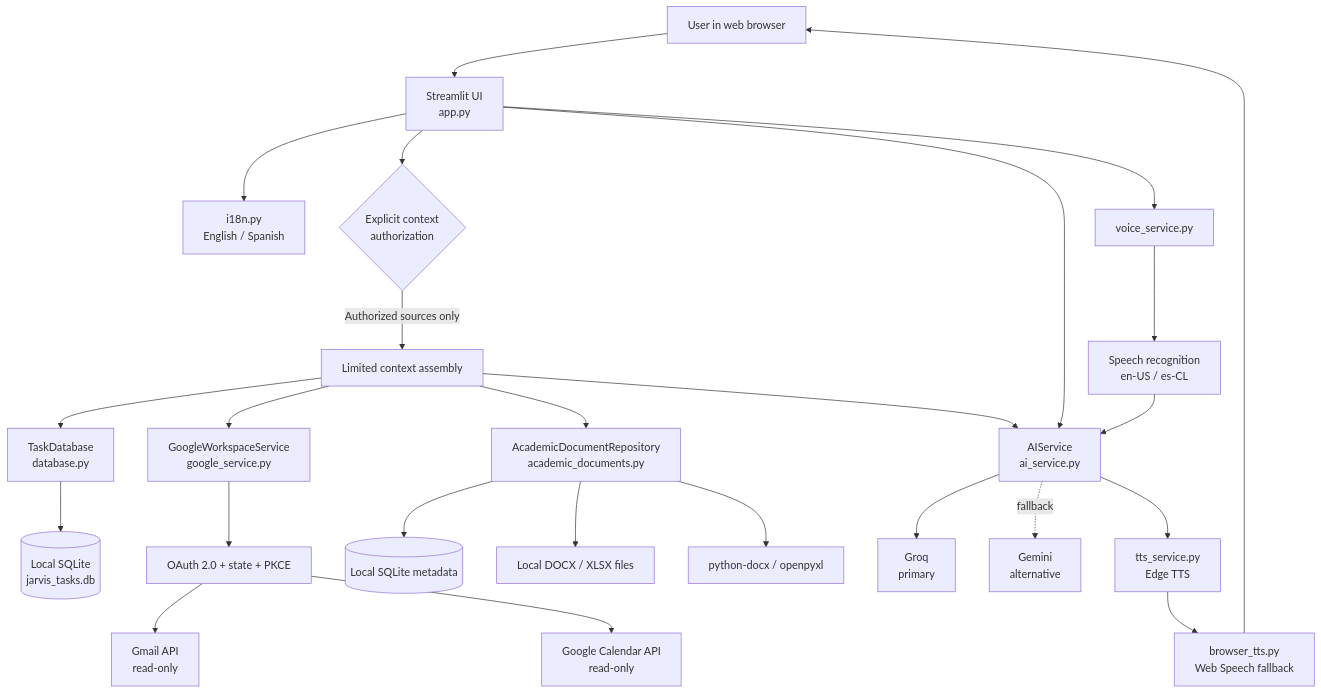
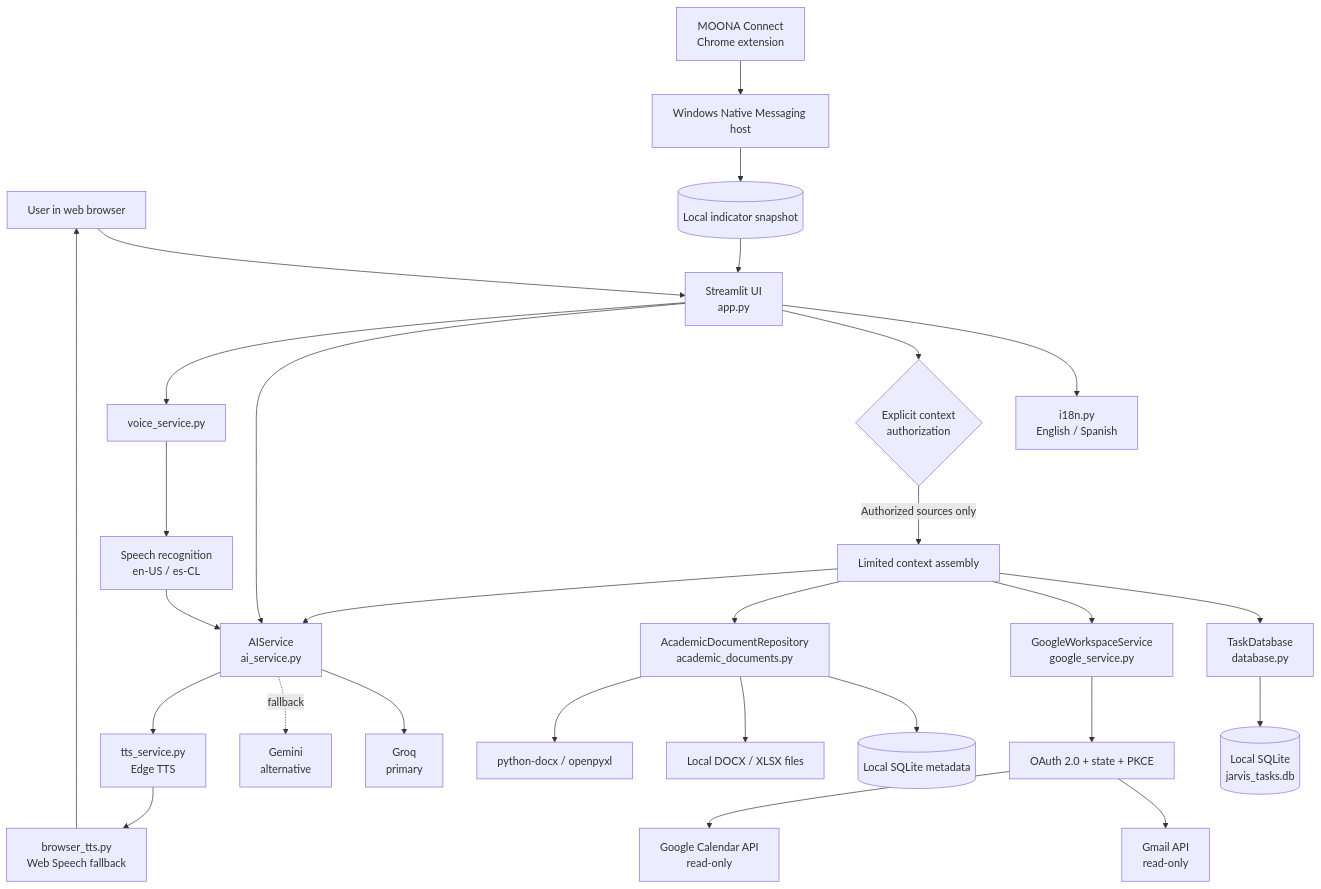
The diagram in README.md (danydaniela21/moona-ai-assistant), drawn with Mermaid before and after one commit. The commit also changed other lines of this file and 25 other files, not shown here.

````diff
--- a/README.md
+++ b/README.md
@@ -63,32 +67,35 @@
 ```mermaid
 flowchart TD
     User[User in web browser] --> UI[Streamlit UI<br/>app.py]
     UI --> I18N[i18n.py<br/>English / Spanish]
+    Connect[MOONA Connect<br/>Chrome extension] --> Native[Windows Native Messaging host]
+    Native --> Indicators[(Local indicator snapshot)]
+    Indicators --> UI
 
     UI --> Consent{Explicit context<br/>authorization}
     Consent -->|Authorized sources only| Context[Limited context assembly]
     Context --> Tasks[TaskDatabase<br/>database.py]
     Context --> Google[GoogleWorkspaceService<br/>google_service.py]
     Context --> Docs[AcademicDocumentRepository<br/>academic_documents.py]
 
     Tasks --> TaskDB[(Local SQLite<br/>jarvis_tasks.db)]
     Docs --> DocDB[(Local SQLite metadata)]
     Docs --> Files[Local DOCX / XLSX files]
     Docs --> Parsers[python-docx / openpyxl]
 
     Google --> OAuth[OAuth 2.0 + state + PKCE]
     OAuth --> Gmail[Gmail API<br/>read-only]
     OAuth --> Calendar[Google Calendar API<br/>read-only]
 
     UI --> AI[AIService<br/>ai_service.py]
     Context --> AI
     AI --> Groq[Groq<br/>primary]
     AI -. fallback .-> Gemini[Gemini<br/>alternative]
 
     UI --> Voice[voice_service.py]
     Voice --> STT[Speech recognition<br/>en-US / es-CL]
     STT --> AI
     AI --> TTS[tts_service.py<br/>Edge TTS]
     TTS --> BrowserTTS[browser_tts.py<br/>Web Speech fallback]
     BrowserTTS --> User
 ```
````
